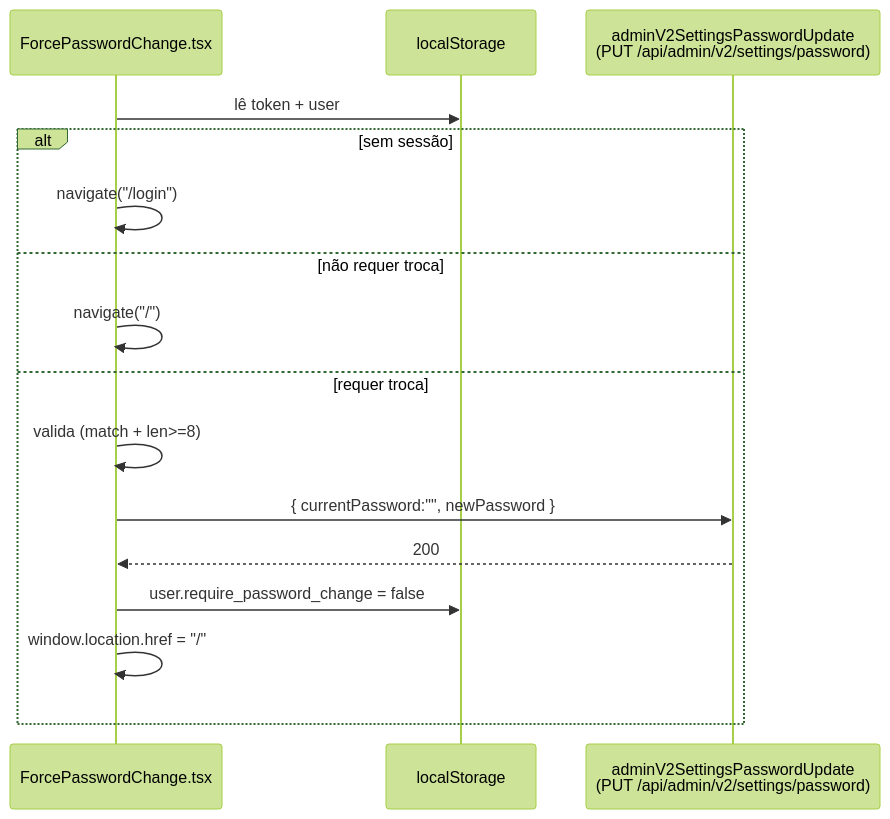
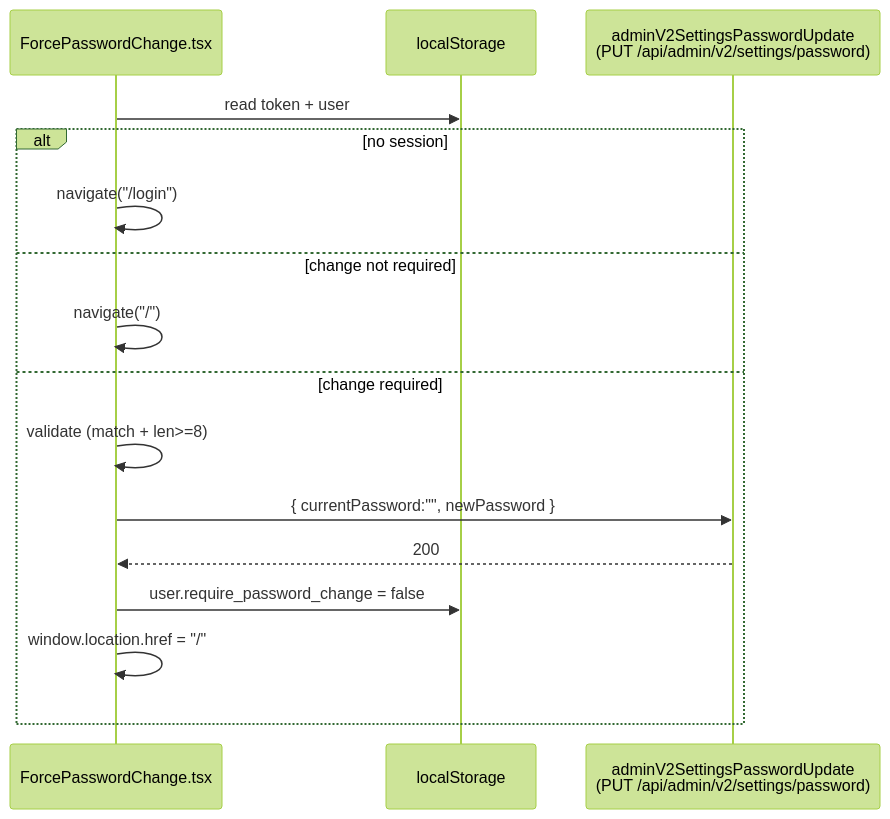
The third of 15 diagrams in docs/workflows.md (Walky-App/walky-admin), drawn with Mermaid (forest theme) before and after one commit. The commit also changed other lines of this file and 12 other files, not shown here.

````diff
--- a/docs/workflows.md
+++ b/docs/workflows.md
@@ -165,18 +165,18 @@
 ```mermaid
 sequenceDiagram
     participant P as ForcePasswordChange.tsx
     participant LS as localStorage
     participant API as adminV2SettingsPasswordUpdate<br/>(PUT /api/admin/v2/settings/password)
-    P->>LS: lê token + user
-    alt sem sessão
+    P->>LS: read token + user
+    alt no session
         P->>P: navigate("/login")
-    else não requer troca
+    else change not required
         P->>P: navigate("/")
-    else requer troca
-        P->>P: valida (match + len>=8)
+    else change required
+        P->>P: validate (match + len>=8)
         P->>API: { currentPassword:"", newPassword }
         API-->>P: 200
         P->>LS: user.require_password_change = false
         P->>P: window.location.href = "/"
     end
 ```
````
